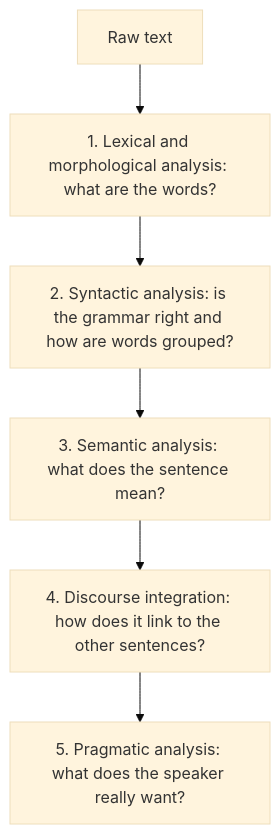
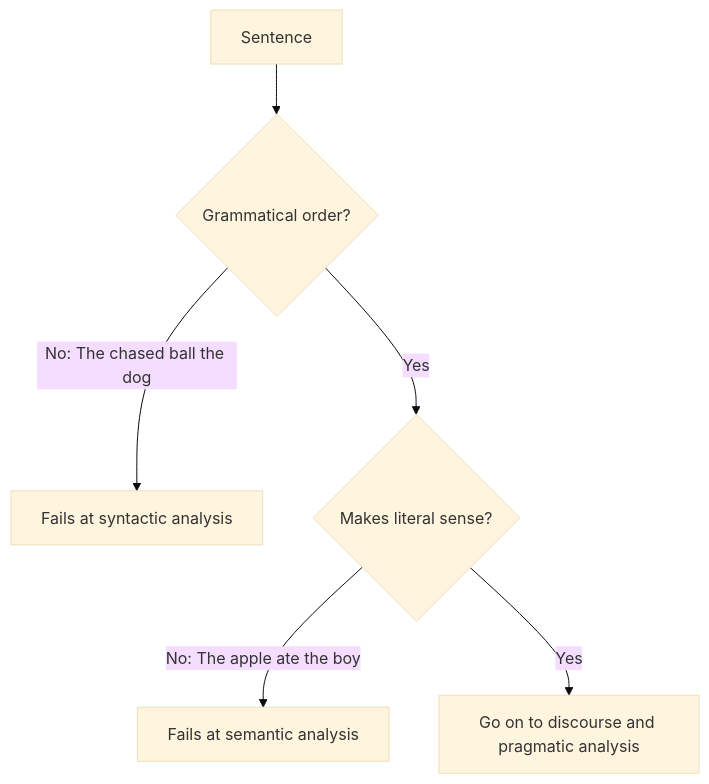
One commit to TrendySloth1001/sem-seven-notes changed the third of 3 diagrams in content/natural-language-processing/notes/nlp-introduction.mdx. Above: the diagram before and after it, drawn with Mermaid (base theme). The commit also changed other lines of this file and 406 other files, not shown here.

````diff
--- a/content/natural-language-processing/notes/nlp-introduction.mdx
+++ b/content/natural-language-processing/notes/nlp-introduction.mdx
@@ -167,9 +122,9 @@
 ```mermaid
-%% caption: The five stages of NLP. Each stage takes the output of the one before it and asks a new question about the same text.
+%% caption: Where each wrong sentence is caught. A sentence must pass every stage; the first stage it fails shows what kind of mistake it has.
 flowchart TD
-  A["Raw text"] --> B["1. Lexical and morphological analysis: what are the words?"]
-  B --> C["2. Syntactic analysis: is the grammar right and how are words grouped?"]
-  C --> D["3. Semantic analysis: what does the sentence mean?"]
-  D --> E["4. Discourse integration: how does it link to the other sentences?"]
-  E --> F["5. Pragmatic analysis: what does the speaker really want?"]
+  A["Sentence"] --> B{"Grammatical order?"}
+  B -- "No: The chased ball the dog" --> X["Fails at syntactic analysis"]
+  B -- "Yes" --> C{"Makes literal sense?"}
+  C -- "No: The apple ate the boy" --> Y["Fails at semantic analysis"]
+  C -- "Yes" --> D["Go on to discourse and pragmatic analysis"]
 ```
````
